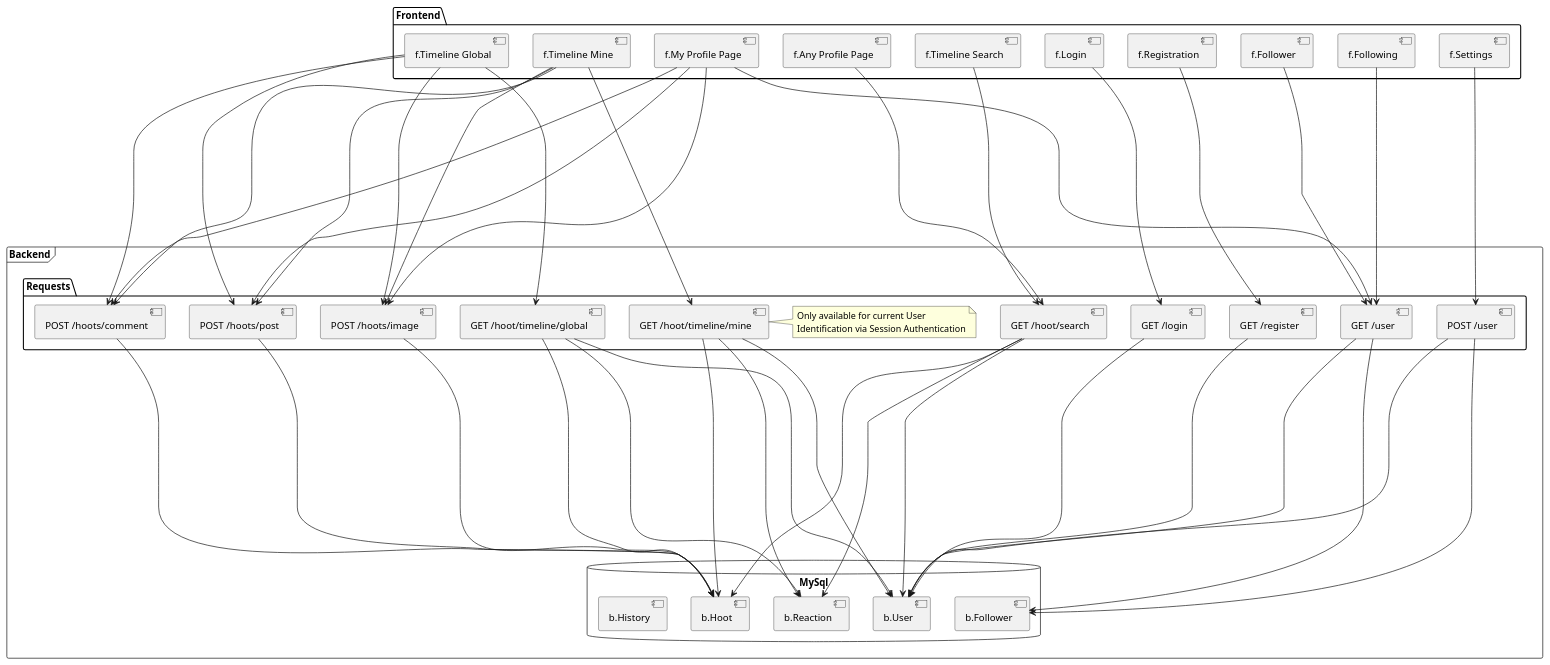
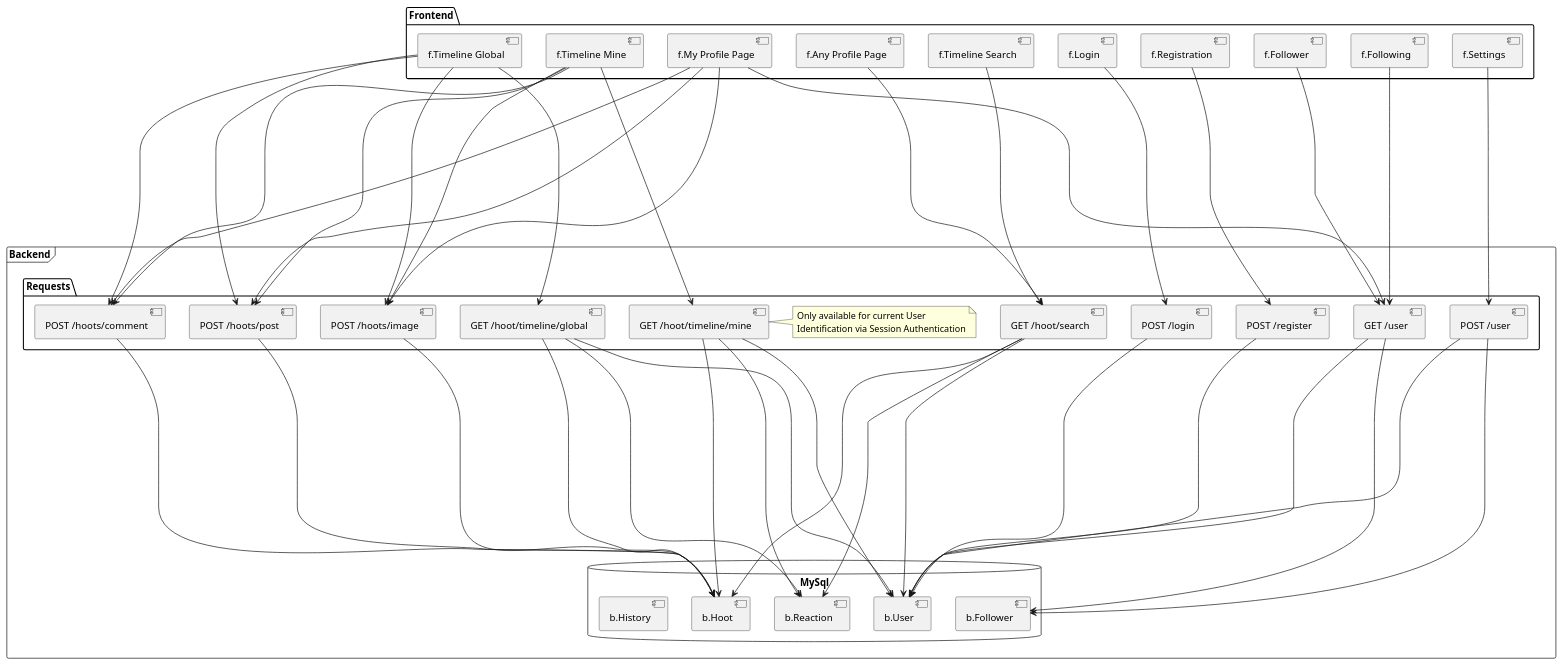
Before and after one commit to ulftietze/hoot: the diagram in docs/diagrams/Front-Backend-API.puml, drawn with PlantUML. The commit also changed 1 other file, not shown here.

```diff
--- a/docs/diagrams/Front-Backend-API.puml
+++ b/docs/diagrams/Front-Backend-API.puml
@@ -1,91 +1,91 @@
 @startuml
 'https://plantuml.com/component-diagram
 /'TODO: Beautify (Probably never)'/
 
 package Frontend {
     [f.Login]
     [f.Registration]
     [f.Timeline Mine]
     [f.Timeline Global]
     [f.Timeline Search]
     [f.Any Profile Page]
     [f.My Profile Page]
     [f.Follower]
     [f.Following]
     [f.Settings]
 }
 
 frame Backend {
     package Requests {
-        [GET /login]
+        [POST /login]
         [GET /hoot/search]
         [GET /hoot/timeline/global]
         [GET /hoot/timeline/mine]
         [GET /user]
         [POST /user]
-        [GET /register]
+        [POST /register]
         [POST /hoots/post]
         [POST /hoots/image]
         [POST /hoots/comment]
 
         note right of [GET /hoot/timeline/mine]
             Only available for current User
             Identification via Session Authentication
         end note
     }
 
     database "MySql" {
         [b.Hoot]
         [b.Reaction]
         [b.User]
         [b.Follower]
         [b.History]
     }
 }
 
 
 '[b.Hoot] -[hidden]right-> [b.Reaction]
 '[b.Reaction] -[hidden]right-> [b.User]
 '[b.User] -[hidden]right-> [b.Follower]
 '[b.Follower] -[hidden]right-> [b.History]
 
 [f.Timeline Global] ------> [GET /hoot/timeline/global]
 [f.Timeline Mine] ------> [GET /hoot/timeline/mine]
 [f.Timeline Global] ------> [POST /hoots/post]
 [f.Timeline Mine] ------> [POST /hoots/post]
 [f.My Profile Page] ------> [POST /hoots/post]
 [f.Timeline Global] ------> [POST /hoots/image]
 [f.Timeline Mine] ------> [POST /hoots/image]
 [f.My Profile Page] ------> [POST /hoots/image]
 [f.Timeline Global] ------> [POST /hoots/comment]
 [f.Timeline Mine] ------> [POST /hoots/comment]
 [f.My Profile Page] ------> [POST /hoots/comment]
 [f.Timeline Search] ------> [GET /hoot/search]
 [f.Any Profile Page] ------> [GET /hoot/search]
 [f.My Profile Page] ------> [GET /user]
-[f.Login] ------> [GET /login]
-[f.Registration] ------> [GET /register]
+[f.Login] ------> [POST /login]
+[f.Registration] ------> [POST /register]
 [f.Follower] ------> [GET /user]
 [f.Following] ------> [GET /user]
 [f.Settings] ------> [POST /user]
 
-[GET /login] -------> [b.User]
-[GET /register] -------> [b.User]
+[POST /login] -------> [b.User]
+[POST /register] -------> [b.User]
 [GET /user] -------> [b.User]
 [GET /user] -------> [b.Follower]
 [POST /user] -------> [b.User]
 [POST /user] -------> [b.Follower]
 [GET /hoot/search] -------> [b.Hoot]
 [GET /hoot/search] -------> [b.User]
 [GET /hoot/search] -------> [b.Reaction]
 [GET /hoot/timeline/mine] -------> [b.Hoot]
 [GET /hoot/timeline/mine] -------> [b.User]
 [GET /hoot/timeline/mine] -------> [b.Reaction]
 [GET /hoot/timeline/global] -------> [b.Hoot]
 [GET /hoot/timeline/global] -------> [b.User]
 [GET /hoot/timeline/global] -------> [b.Reaction]
 [POST /hoots/post] -------> [b.Hoot]
 [POST /hoots/image] -------> [b.Hoot]
 [POST /hoots/comment] -------> [b.Hoot]
 
 @enduml
```
